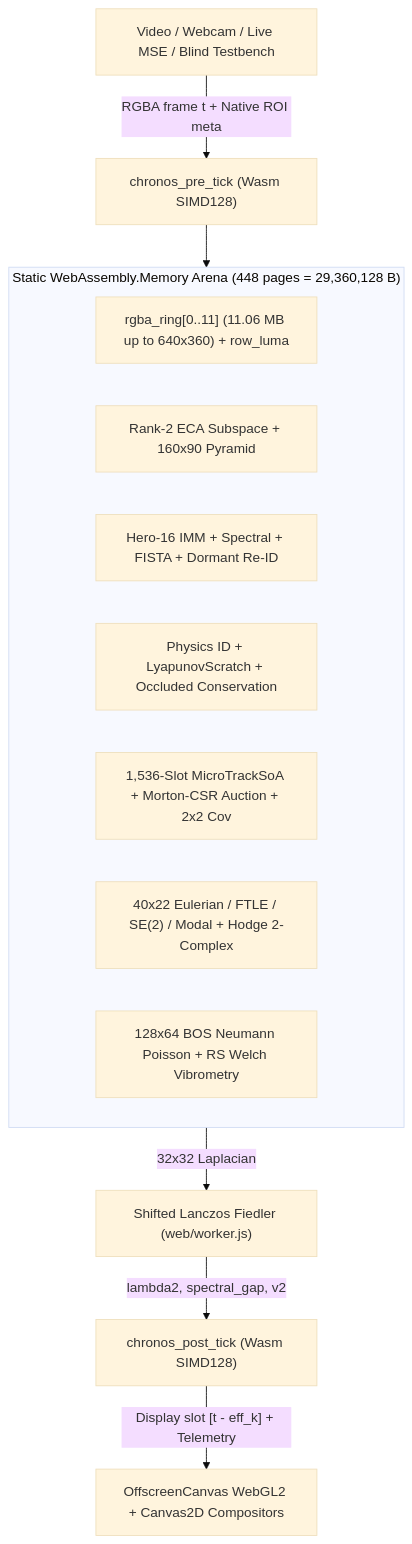
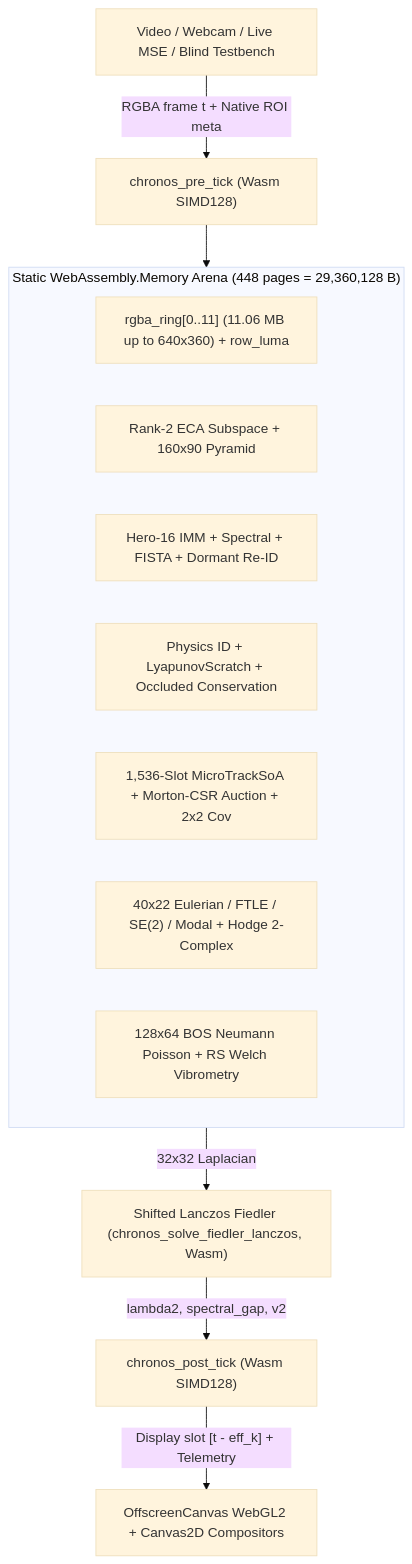
Before and after one commit to steph4n-gh/chronos-spectral: the diagram in docs/ARCHITECTURE_AND_MATH.md, drawn with Mermaid (base theme). The commit also changed other lines of this file and 58 other files, not shown here.

````diff
--- a/docs/ARCHITECTURE_AND_MATH.md
+++ b/docs/ARCHITECTURE_AND_MATH.md
@@ -9,17 +9,17 @@
 ```mermaid
 flowchart TB
   SRC["Video / Webcam / Live MSE / Blind Testbench"] -->|"RGBA frame t + Native ROI meta"| PRE["chronos_pre_tick (Wasm SIMD128)"]
   subgraph ARENA["Static WebAssembly.Memory Arena (448 pages = 29,360,128 B)"]
     RING["rgba_ring[0..11] (11.06 MB up to 640x360) + row_luma"]
     ECA["Rank-2 ECA Subspace + 160x90 Pyramid"]
     HERO["Hero-16 IMM + Spectral + FISTA + Dormant Re-ID"]
     PHYS["Physics ID + LyapunovScratch + Occluded Conservation"]
     SWARM["1,536-Slot MicroTrackSoA + Morton-CSR Auction + 2x2 Cov"]
     CONT["40x22 Eulerian / FTLE / SE(2) / Modal + Hodge 2-Complex"]
     BOSV["128x64 BOS Neumann Poisson + RS Welch Vibrometry"]
   end
   PRE --> ARENA
-  ARENA -->|"32x32 Laplacian"| LANC["Shifted Lanczos Fiedler (web/worker.js)"]
+  ARENA -->|"32x32 Laplacian"| LANC["Shifted Lanczos Fiedler (chronos_solve_fiedler_lanczos, Wasm)"]
   LANC -->|"lambda2, spectral_gap, v2"| POST["chronos_post_tick (Wasm SIMD128)"]
   POST -->|"Display slot [t - eff_k] + Telemetry"| GL["OffscreenCanvas WebGL2 + Canvas2D Compositors"]
 ```
````
